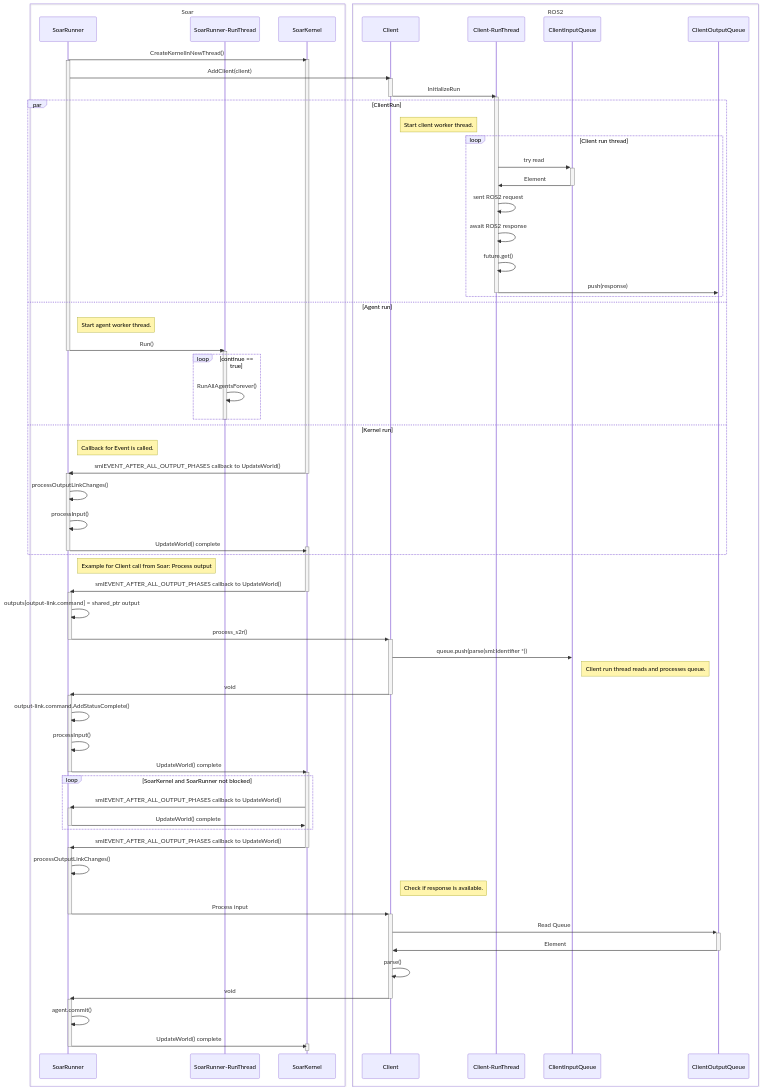
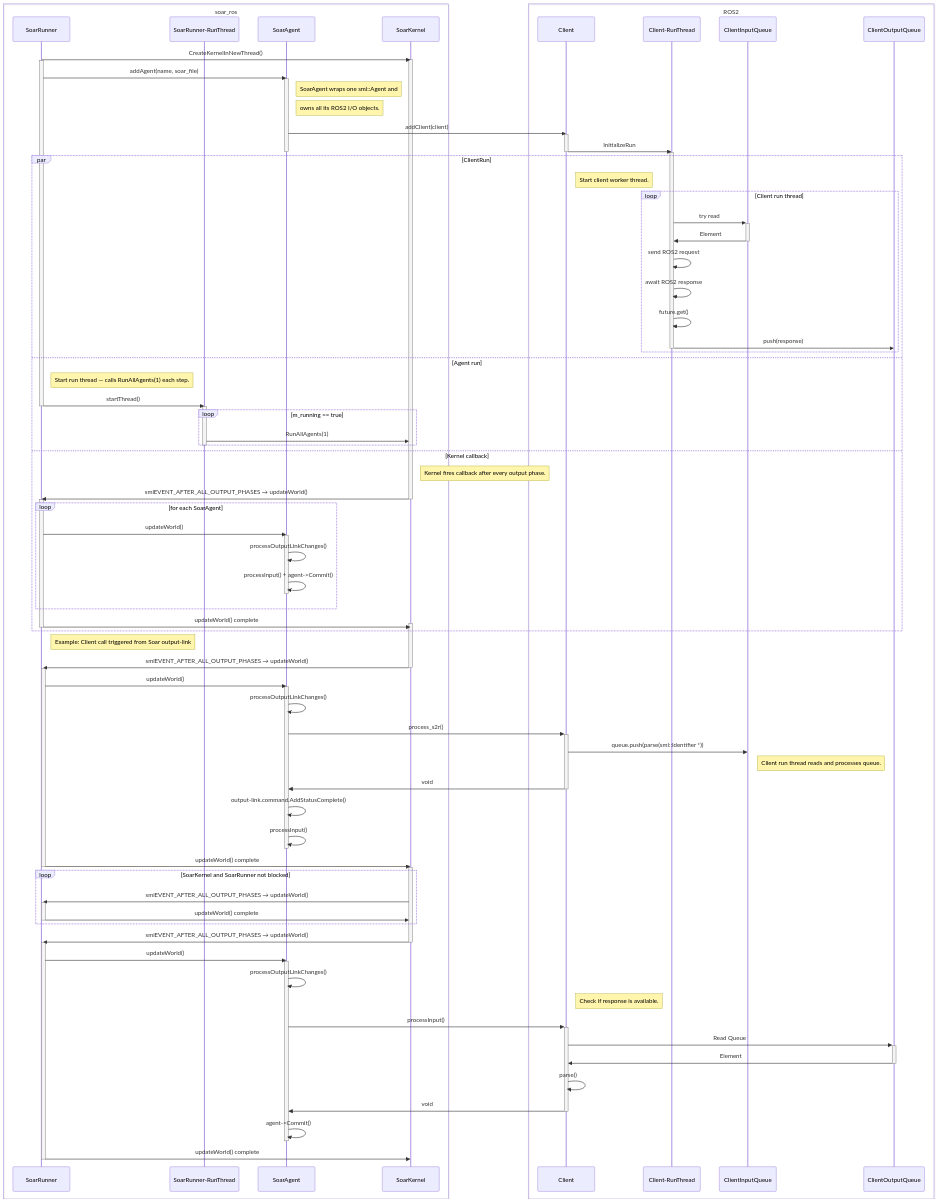
Before and after one commit to THA-Embedded-Systems-Lab/soar_ros: the diagram in doc/SoftwareArchitecture.md, drawn with Mermaid. The commit also changed other lines of this file and 21 other files, not shown here.

````diff
--- a/doc/SoftwareArchitecture.md
+++ b/doc/SoftwareArchitecture.md
@@ -23,9 +26,10 @@
 ```{mermaid}
 :zoom: %% enable for rosdoc2 feature, requires sphinxcontrib.mermaid feature.
 sequenceDiagram
-box Soar
+box soar_ros
 participant SoarRunner
 participant SoarRunner-RunThread
+participant SoarAgent
 participant SoarKernel
 end
 
@@ -37,84 +41,95 @@
 end
 
 SoarRunner ->> SoarKernel: CreateKernelInNewThread()
-activate SoarKernel;
+activate SoarKernel
 activate SoarRunner
 
-%% INITIALIZE CLIENT
-SoarRunner ->> Client : AddClient(client)
+%% SETUP: addAgent + wire I/O on the returned SoarAgent
+SoarRunner ->> SoarAgent: addAgent(name, soar_file)
+activate SoarAgent
+note right of SoarAgent: SoarAgent wraps one sml::Agent and
+note right of SoarAgent: owns all its ROS2 I/O objects.
+SoarAgent ->> Client: addClient(client)
 activate Client
 Client ->> Client-RunThread: InitializeRun
 deactivate Client
 activate Client-RunThread
+deactivate SoarAgent
+
 par ClientRun
     note right of Client: Start client worker thread.
     loop Client run thread
         Client-RunThread ->>+ ClientInputQueue: try read
         ClientInputQueue ->>- Client-RunThread: Element
-        Client-RunThread ->> Client-RunThread: sent ROS2 request
+        Client-RunThread ->> Client-RunThread: send ROS2 request
         Client-RunThread ->> Client-RunThread: await ROS2 response
         Client-RunThread ->> Client-RunThread: future.get()
         Client-RunThread ->> ClientOutputQueue: push(response)
         deactivate Client-RunThread
     end
 and Agent run
-    note right of SoarRunner: Start agent worker thread.
-    SoarRunner ->> SoarRunner-RunThread: Run()
+    note right of SoarRunner: Start run thread — calls RunAllAgents(1) each step.
+    SoarRunner ->> SoarRunner-RunThread: startThread()
     deactivate SoarRunner
     activate SoarRunner-RunThread
-    loop continue == true
-        SoarRunner-RunThread ->> SoarRunner-RunThread: RunAllAgentsForever()
+    loop m_running == true
+        SoarRunner-RunThread ->> SoarKernel: RunAllAgents(1)
     end
     deactivate SoarRunner-RunThread
-and Kernel run
-    note right of SoarRunner: Callback for Event is called.
-    SoarKernel ->> SoarRunner: smlEVENT_AFTER_ALL_OUTPUT_PHASES callback to UpdateWorld()
+and Kernel callback
+    note right of SoarKernel: Kernel fires callback after every output phase.
+    SoarKernel ->> SoarRunner: smlEVENT_AFTER_ALL_OUTPUT_PHASES → updateWorld()
     deactivate SoarKernel
     activate SoarRunner
-    SoarRunner ->> SoarRunner: processOutputLinkChanges()
-    SoarRunner ->> SoarRunner: processInput()
-    SoarRunner ->> SoarKernel: UpdateWorld() complete
+    loop for each SoarAgent
+        SoarRunner ->> SoarAgent: updateWorld()
+        activate SoarAgent
+        SoarAgent ->> SoarAgent: processOutputLinkChanges()
+        SoarAgent ->> SoarAgent: processInput() + agent->Commit()
+        deactivate SoarAgent
+    end
+    SoarRunner ->> SoarKernel: updateWorld() complete
     activate SoarKernel
     deactivate SoarRunner
 end
 
-note right of SoarRunner: Example for Client call from Soar: Process output
-SoarKernel ->>+ SoarRunner: smlEVENT_AFTER_ALL_OUTPUT_PHASES callback to UpdateWorld()
-deactivate SoarKernel;
+note right of SoarRunner: Example: Client call triggered from Soar output-link
+SoarKernel ->>+ SoarRunner: smlEVENT_AFTER_ALL_OUTPUT_PHASES → updateWorld()
+deactivate SoarKernel
 activate SoarRunner
-SoarRunner ->> SoarRunner: outputs[output-link.command] = shared_ptr output
-SoarRunner ->>+ Client: process_s2r()
-    deactivate SoarRunner
-    Client ->> ClientInputQueue: queue.push(parse(sml:Identifier *))
+SoarRunner ->> SoarAgent: updateWorld()
+activate SoarAgent
+SoarAgent ->> SoarAgent: processOutputLinkChanges()
+SoarAgent ->>+ Client: process_s2r()
+    Client ->> ClientInputQueue: queue.push(parse(sml::Identifier *))
     note right of ClientInputQueue: Client run thread reads and processes queue.
-    Client ->>- SoarRunner: void
-    activate SoarRunner
-SoarRunner ->> SoarRunner: output-link.command.AddStatusComplete()
-SoarRunner ->> SoarRunner: processInput()
-SoarRunner ->>- SoarKernel: UpdateWorld() complete
-activate SoarKernel;
+    Client ->>- SoarAgent: void
+SoarAgent ->> SoarAgent: output-link.command.AddStatusComplete()
+SoarAgent ->> SoarAgent: processInput()
+deactivate SoarAgent
+SoarRunner ->>- SoarKernel: updateWorld() complete
+activate SoarKernel
 
 loop SoarKernel and SoarRunner not blocked
-SoarKernel ->>+ SoarRunner: smlEVENT_AFTER_ALL_OUTPUT_PHASES callback to UpdateWorld()
-SoarRunner ->>- SoarKernel: UpdateWorld() complete
+SoarKernel ->>+ SoarRunner: smlEVENT_AFTER_ALL_OUTPUT_PHASES → updateWorld()
+SoarRunner ->>- SoarKernel: updateWorld() complete
 end
 
-SoarKernel ->> SoarRunner: smlEVENT_AFTER_ALL_OUTPUT_PHASES callback to UpdateWorld()
-activate SoarRunner;
-deactivate SoarKernel;
-SoarRunner ->> SoarRunner: processOutputLinkChanges()
+SoarKernel ->> SoarRunner: smlEVENT_AFTER_ALL_OUTPUT_PHASES → updateWorld()
+activate SoarRunner
+deactivate SoarKernel
+SoarRunner ->> SoarAgent: updateWorld()
+activate SoarAgent
+SoarAgent ->> SoarAgent: processOutputLinkChanges()
 note right of Client: Check if response is available.
-SoarRunner ->>+ Client: Process input
-deactivate SoarRunner;
+SoarAgent ->>+ Client: processInput()
     Client ->>+ ClientOutputQueue: Read Queue
     ClientOutputQueue ->>- Client: Element
     Client ->> Client: parse()
-    Client ->>- SoarRunner: void
-activate SoarRunner
-SoarRunner ->> SoarRunner: agent.commit()
-SoarRunner ->> SoarKernel: UpdateWorld() complete
-activate SoarKernel;
-
-deactivate SoarKernel;
-deactivate SoarRunner;
+    Client ->>- SoarAgent: void
+SoarAgent ->> SoarAgent: agent->Commit()
+deactivate SoarAgent
+SoarRunner ->> SoarKernel: updateWorld() complete
+activate SoarKernel
+deactivate SoarRunner
 ```
````
